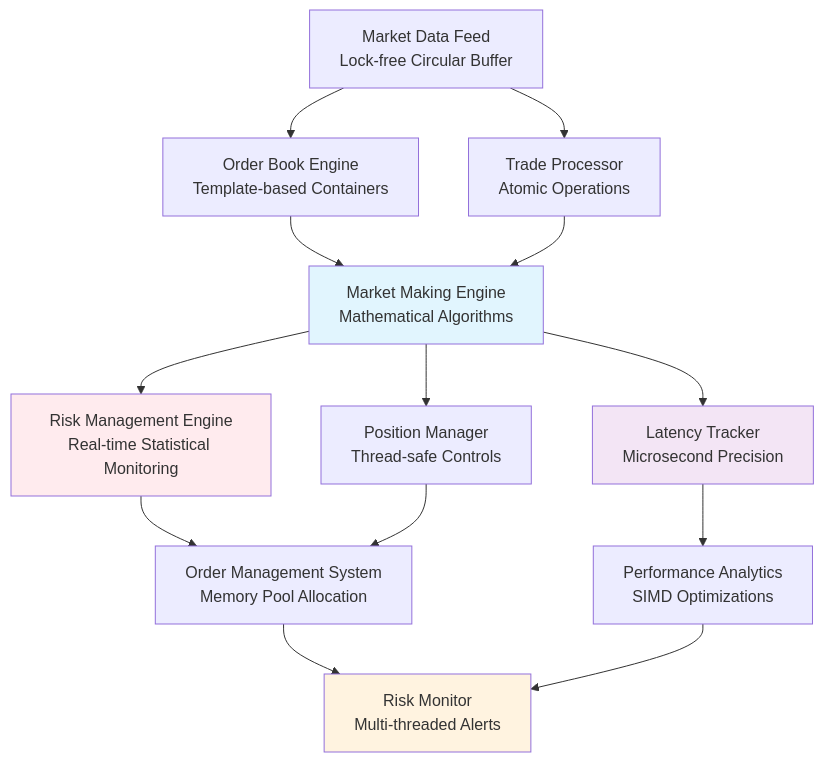
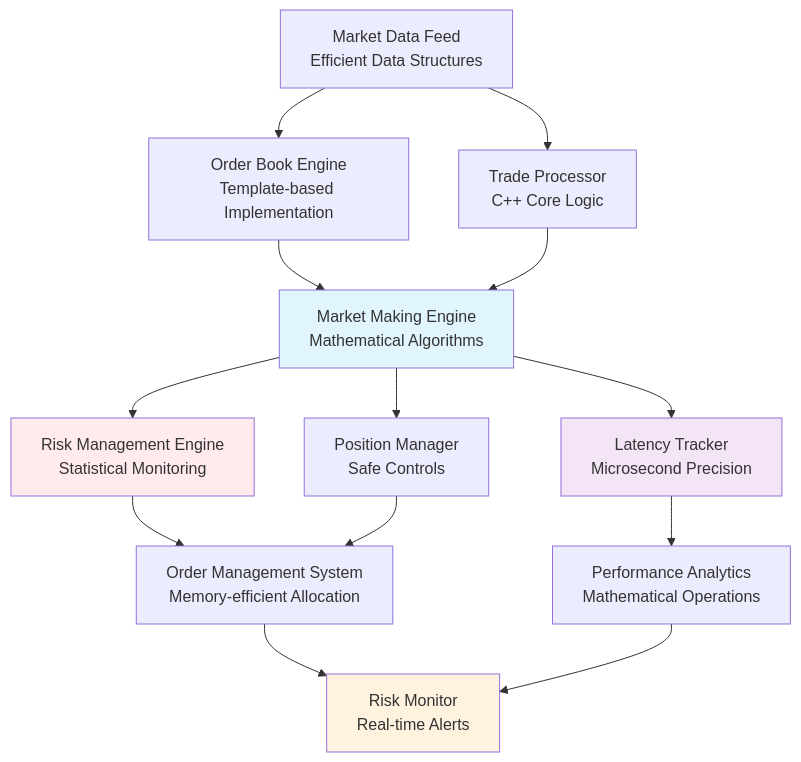
The diagram in README.md (ethanbsung/HFT), drawn with Mermaid before and after one commit. The commit also changed other lines of this file, not shown here.

````diff
--- a/README.md
+++ b/README.md
@@ -22,24 +22,24 @@
 ```mermaid
 graph TB
-    A[Market Data Feed<br/>Lock-free Circular Buffer] --> B[Order Book Engine<br/>Template-based Containers]
-    A --> C[Trade Processor<br/>Atomic Operations]
+    A[Market Data Feed<br/>Efficient Data Structures] --> B[Order Book Engine<br/>Template-based Implementation]
+    A --> C[Trade Processor<br/>C++ Core Logic]
     
     B --> D[Market Making Engine<br/>Mathematical Algorithms]
     C --> D
     
-    D --> E[Risk Management Engine<br/>Real-time Statistical Monitoring]
+    D --> E[Risk Management Engine<br/>Statistical Monitoring]
     D --> F[Latency Tracker<br/>Microsecond Precision]
-    D --> G[Position Manager<br/>Thread-safe Controls]
+    D --> G[Position Manager<br/>Safe Controls]
     
-    E --> H[Order Management System<br/>Memory Pool Allocation]
-    F --> I[Performance Analytics<br/>SIMD Optimizations]
+    E --> H[Order Management System<br/>Memory-efficient Allocation]
+    F --> I[Performance Analytics<br/>Mathematical Operations]
     G --> H
     
-    H --> J[Risk Monitor<br/>Multi-threaded Alerts]
+    H --> J[Risk Monitor<br/>Real-time Alerts]
     I --> J
     
     style D fill:#e1f5fe
     style E fill:#ffebee
     style F fill:#f3e5f5
     style J fill:#fff3e0
 ```
````
